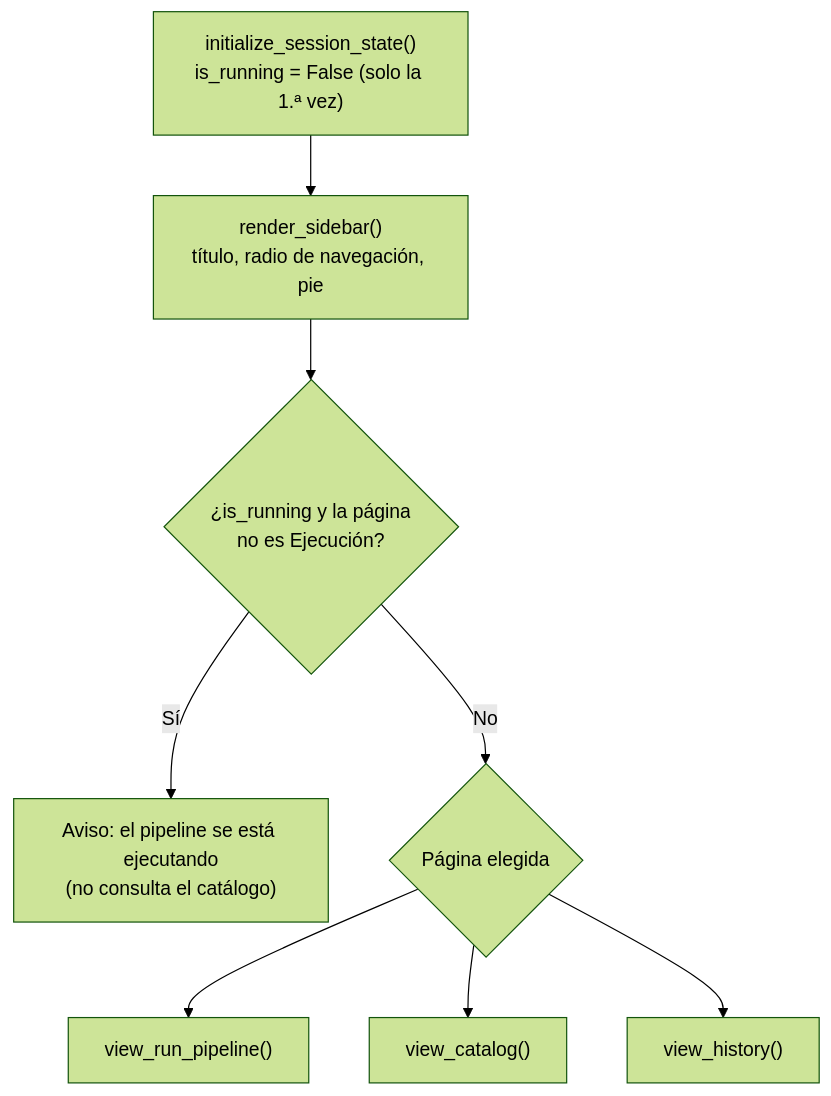
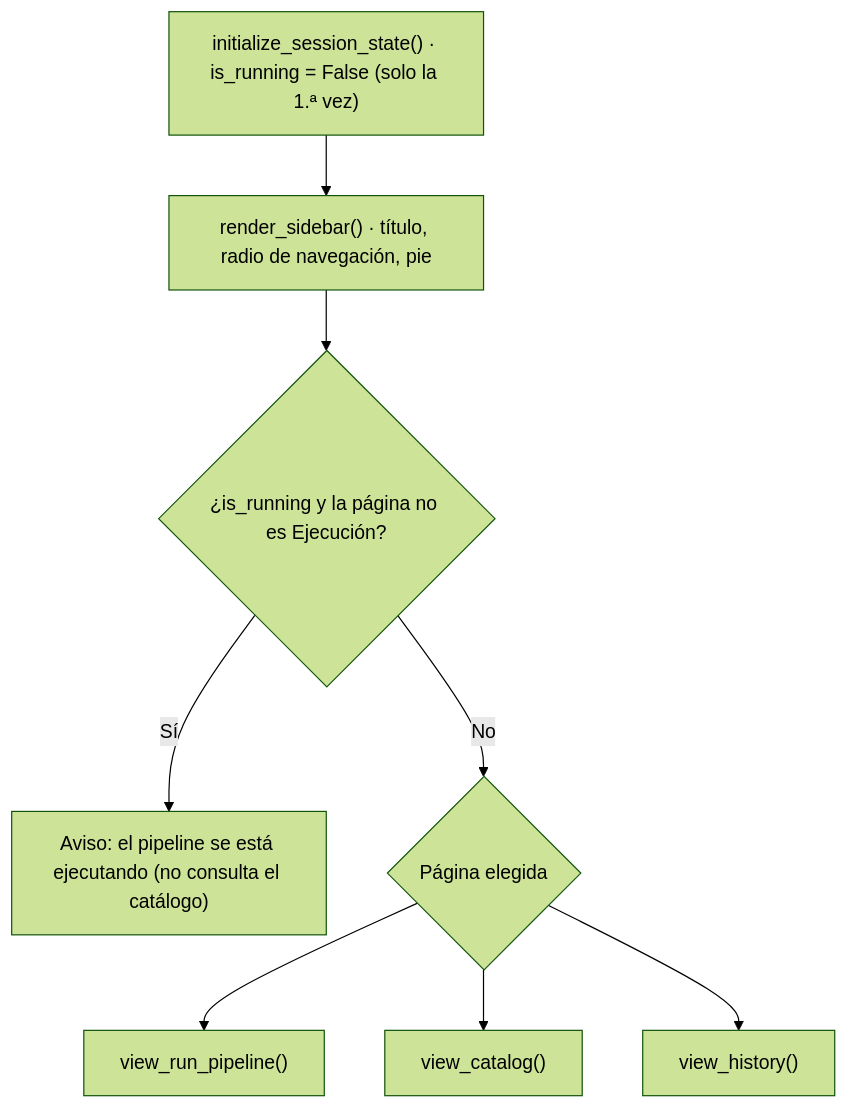
Before and after one commit to dataeng-dev/Data_Architecture: the seventh of 8 diagrams in GUIA_DEL_CODIGO.md, drawn with Mermaid (forest theme). The commit also changed other lines of this file and 1 other file, not shown here.

````diff
--- a/GUIA_DEL_CODIGO.md
+++ b/GUIA_DEL_CODIGO.md
@@ -668,10 +668,10 @@
 ```mermaid
 flowchart TD
-  A["initialize_session_state()<br/>is_running = False (solo la 1.ª vez)"] --> B["render_sidebar()<br/>título, radio de navegación, pie"]
-  B --> C{"¿is_running y la página<br/>no es Ejecución?"}
-  C -- "Sí" --> D["Aviso: el pipeline se está ejecutando<br/>(no consulta el catálogo)"]
+  A["initialize_session_state() · is_running = False (solo la 1.ª vez)"] --> B["render_sidebar() · título, radio de navegación, pie"]
+  B --> C{"¿is_running y la página no es Ejecución?"}
+  C -- "Sí" --> D["Aviso: el pipeline se está ejecutando (no consulta el catálogo)"]
   C -- "No" --> E{"Página elegida"}
   E --> F["view_run_pipeline()"]
   E --> G["view_catalog()"]
   E --> H["view_history()"]
 ```
````
